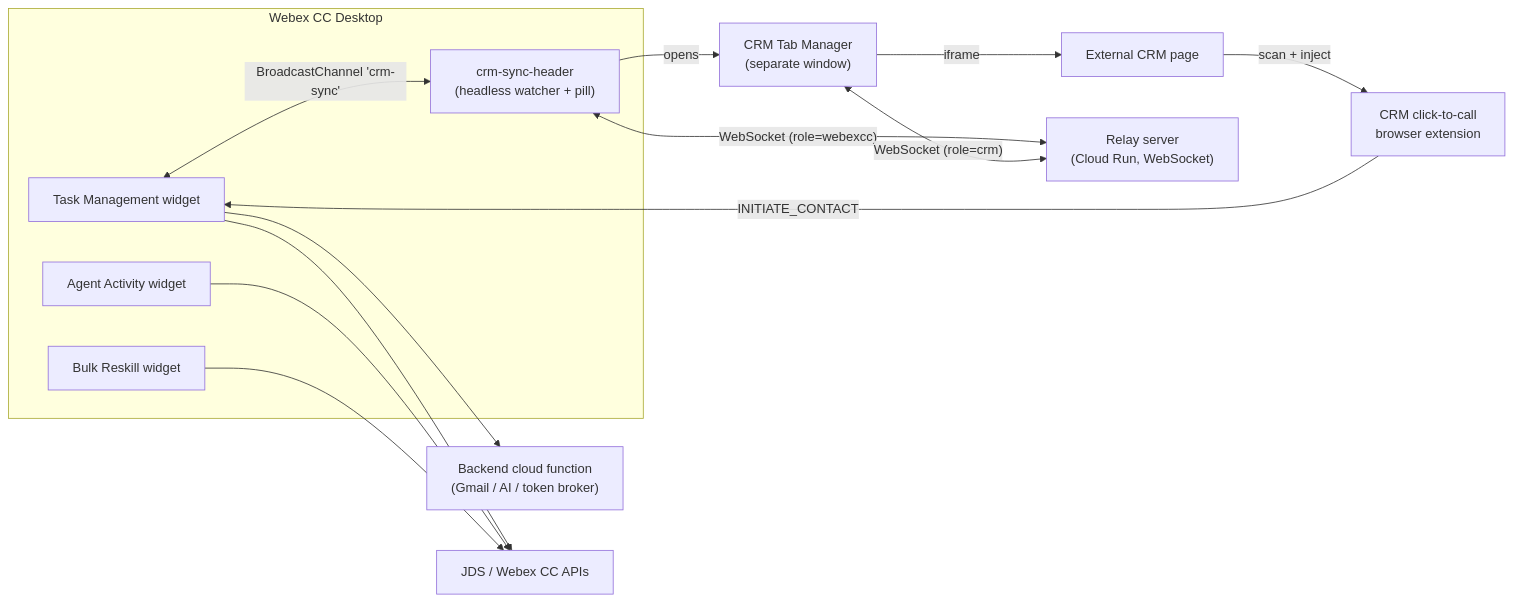
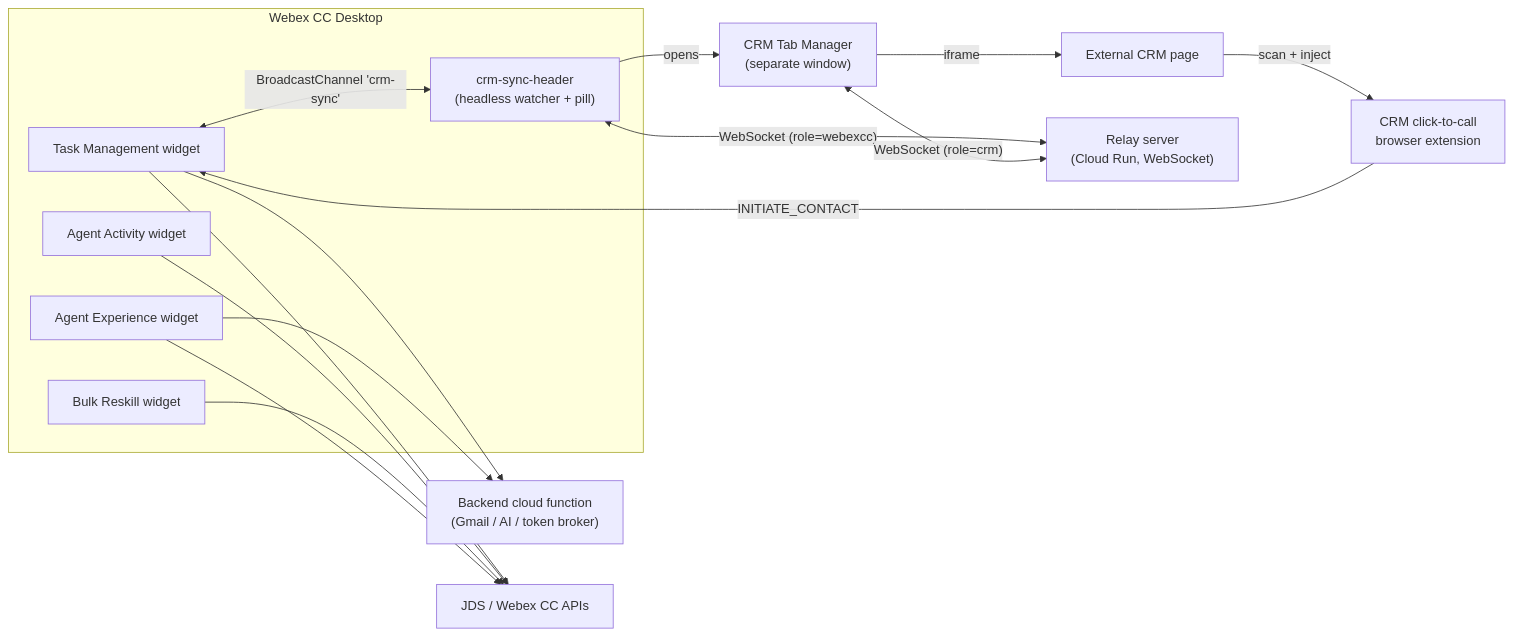
The diagram in README.md (JardaMartan/task-management), drawn with Mermaid before and after one commit. The commit also changed other lines of this file and 9 other files, not shown here.

````diff
--- a/README.md
+++ b/README.md
@@ -33,28 +34,31 @@
 ```mermaid
 flowchart LR
   subgraph Desktop["Webex CC Desktop"]
     TM["Task Management widget"]
     HDR["crm-sync-header<br/>(headless watcher + pill)"]
     RPT["Agent Activity widget"]
     RSK["Bulk Reskill widget"]
+    EXP["Agent Experience widget"]
   end
 
   EXT["CRM click-to-call<br/>browser extension"]
   CRM["External CRM page"]
   TABMGR["CRM Tab Manager<br/>(separate window)"]
   RELAY["Relay server<br/>(Cloud Run, WebSocket)"]
   CF["Backend cloud function<br/>(Gmail / AI / token broker)"]
   JDS["JDS / Webex CC APIs"]
 
   TM <-- "BroadcastChannel 'crm-sync'" --> HDR
   HDR <-- "WebSocket (role=webexcc)" --> RELAY
   TABMGR <-- "WebSocket (role=crm)" --> RELAY
   HDR -- "opens" --> TABMGR
   CRM -- "scan + inject" --> EXT
   EXT -- "INITIATE_CONTACT" --> TM
   TABMGR -- "iframe" --> CRM
   TM --> JDS
   RPT --> JDS
   RSK --> JDS
+  EXP --> JDS
   TM --> CF
+  EXP --> CF
 ```
````
